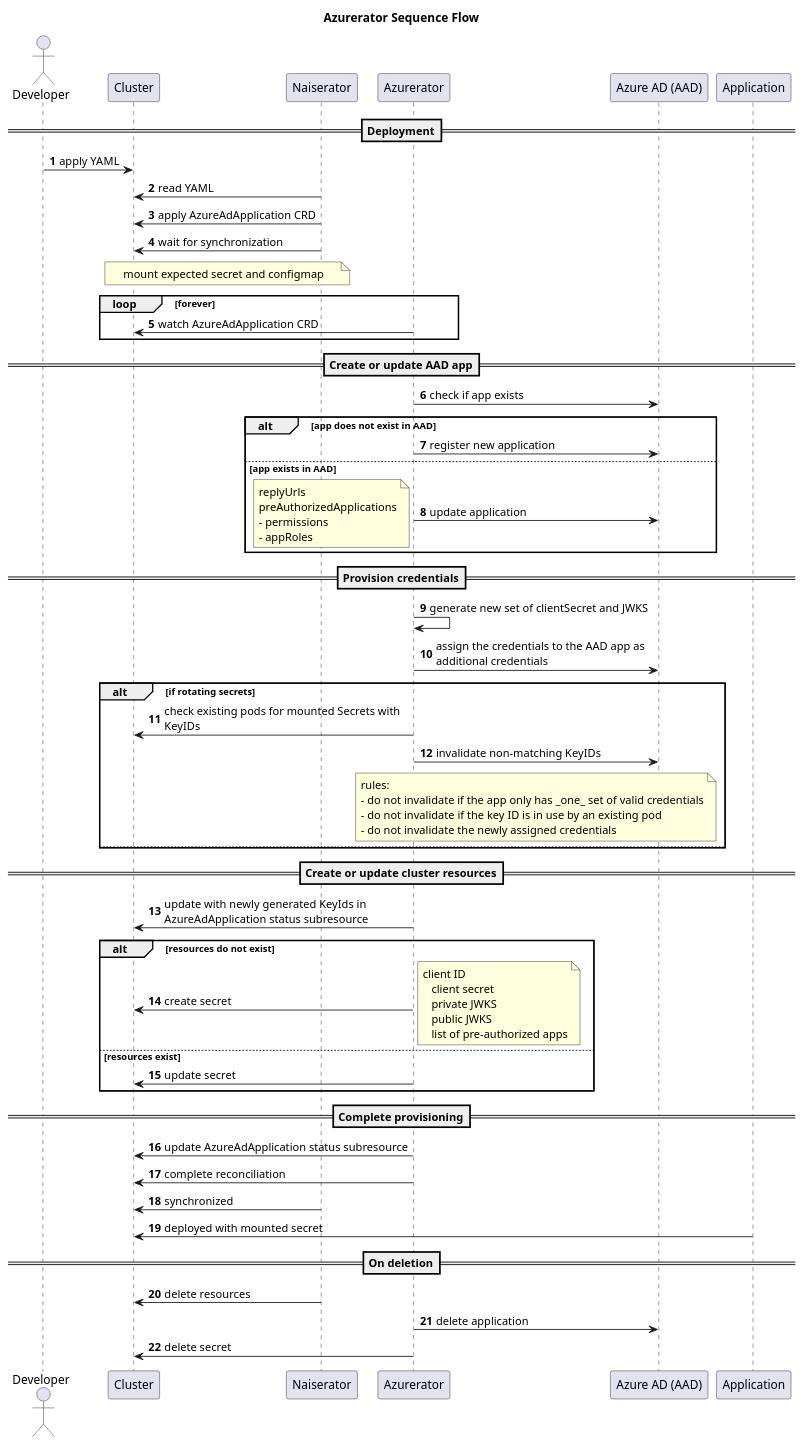
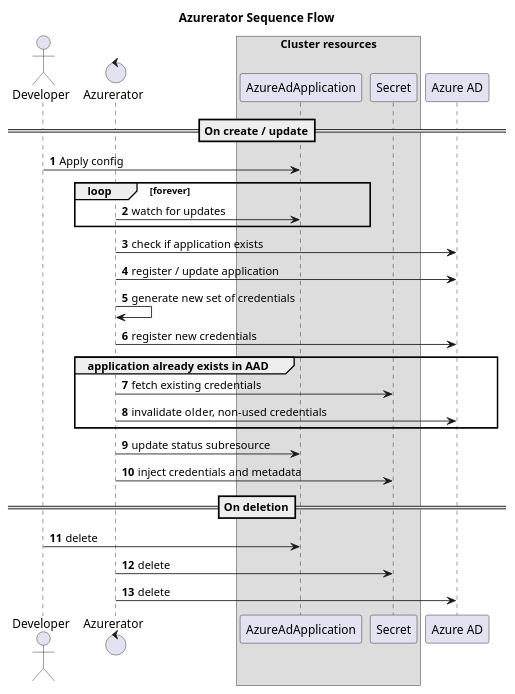
Before and after one commit to nais/azurerator: the diagram in docs/sequence.puml, drawn with PlantUML. The commit also changed 3 other files, not shown here.

```diff
--- a/docs/sequence.puml
+++ b/docs/sequence.puml
@@ -1,84 +1,41 @@
 @startuml component
 title Azurerator Sequence Flow
 skinparam maxMessageSize 300
 autonumber
 
 actor developer as "Developer"
-participant cluster as "Cluster"
-participant naiserator as "Naiserator"
-participant azurerator as "Azurerator"
-participant azuread as "Azure AD (AAD)"
-participant application as "Application"
+control azurerator as "Azurerator"
 
-==Deployment==
-developer -> cluster: apply YAML
-cluster <- naiserator: read YAML
-cluster <- naiserator: apply AzureAdApplication CRD
-naiserator -> cluster: wait for synchronization
-note over naiserator, cluster: mount expected secret and configmap
+box "Cluster resources"
+participant AzureAdApplication
+participant Secret
+end box
+
+participant azuread as "Azure AD"
+
+==On create / update==
+developer -> AzureAdApplication: Apply config
 
 loop forever
-	azurerator -> cluster: watch AzureAdApplication CRD
+	azurerator -> AzureAdApplication: watch for updates
 end
 
-==Create or update AAD app==
-azurerator -> azuread: check if app exists
-alt app does not exist in AAD
-	azurerator -> azuread: register new application
-else app exists in AAD
-    azurerator -> azuread: update application
-    note left
-        replyUrls
-        preAuthorizedApplications
-        - permissions
-        - appRoles
-    end note
+azurerator -> azuread: check if application exists
+azurerator -> azuread: register / update application
+azurerator -> azurerator: generate new set of credentials
+azurerator -> azuread: register new credentials
+
+group application already exists in AAD
+    azurerator -> Secret: fetch existing credentials
+    azurerator -> azuread: invalidate older, non-used credentials
 end
 
-==Provision credentials==
-
-azurerator -> azurerator: generate new set of clientSecret and JWKS
-
-azurerator -> azuread: assign the credentials to the AAD app as additional credentials
-
-alt if rotating secrets
-    azurerator -> cluster: check existing pods for mounted Secrets with KeyIDs
-    azurerator -> azuread: invalidate non-matching KeyIDs
-    note over azurerator, azuread
-        rules:
-        - do not invalidate if the app only has _one_ set of valid credentials
-        - do not invalidate if the key ID is in use by an existing pod
-        - do not invalidate the newly assigned credentials
-    end note
-else
-
-end
-
-==Create or update cluster resources==
-azurerator -> cluster: update with newly generated KeyIds in AzureAdApplication status subresource
-
-alt resources do not exist
-	azurerator -> cluster: create secret
-	note right
-	    client ID
-        client secret
-        private JWKS
-        public JWKS
-        list of pre-authorized apps
-    end note
-else resources exist
-    azurerator -> cluster: update secret
-end
-
-==Complete provisioning==
-    azurerator -> cluster: update AzureAdApplication status subresource
-    azurerator -> cluster: complete reconciliation
-    naiserator -> cluster: synchronized
-    application -> cluster: deployed with mounted secret
+azurerator -> AzureAdApplication: update status subresource
+azurerator -> Secret: inject credentials and metadata
 
 ==On deletion==
-    naiserator -> cluster: delete resources
-    azurerator -> azuread: delete application
-    azurerator -> cluster: delete secret
+    developer -> AzureAdApplication: delete
+    azurerator -> Secret: delete
+    azurerator -> azuread: delete
 
 @enduml
```
